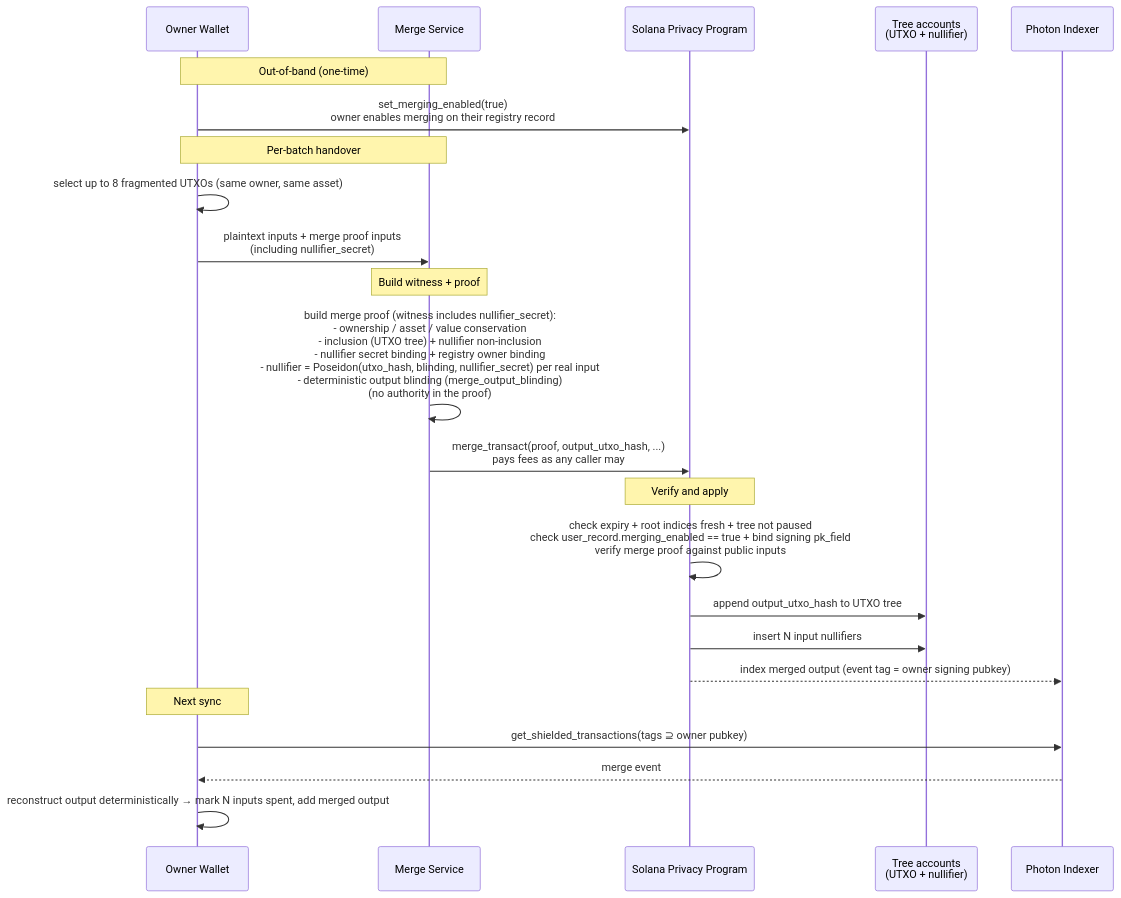
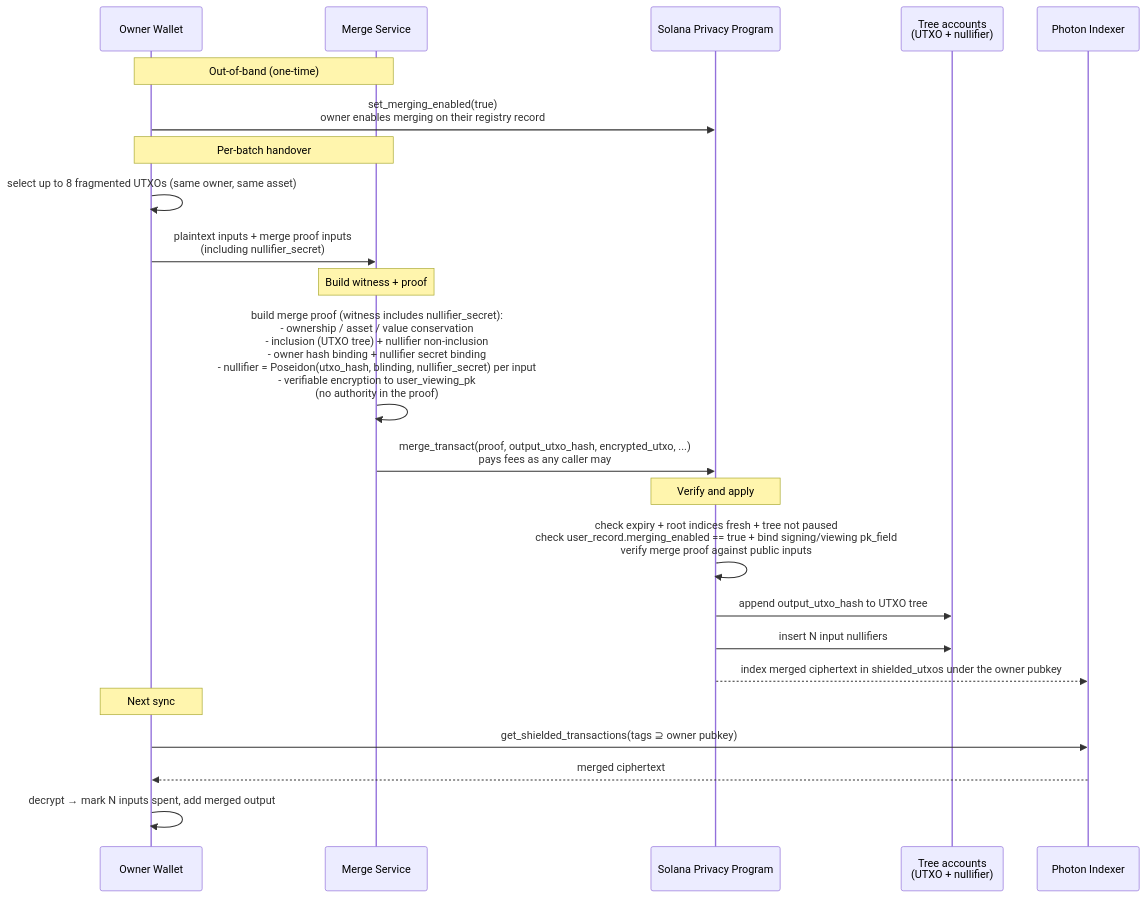
Before and after one commit to helius-labs/zolana: the fifth of 5 diagrams in docs/spec.md, drawn with Mermaid. The commit also changed other lines of this file, not shown here.

````diff
--- a/docs/spec.md
+++ b/docs/spec.md
@@ -2350,30 +2394,30 @@
 ```mermaid
 sequenceDiagram
     participant Wallet as Owner Wallet
     participant Merge as Merge Service
     participant SPP as Solana Privacy Program
     participant Trees as Tree accounts<br/>(UTXO + nullifier)
     participant Indexer as Photon Indexer
 
     Note over Merge,Wallet: Out-of-band (one-time)
     Wallet->>SPP: set_merging_enabled(true)<br/>owner enables merging on their registry record
 
     Note over Wallet,Merge: Per-batch handover
     Wallet->>Wallet: select up to 8 fragmented UTXOs (same owner, same asset)
     Wallet->>Merge: plaintext inputs + merge proof inputs<br/>(including nullifier_secret)
 
     Note over Merge: Build witness + proof
-    Merge->>Merge: build merge proof (witness includes nullifier_secret):<br/>- ownership / asset / value conservation<br/>- inclusion (UTXO tree) + nullifier non-inclusion<br/>- nullifier secret binding + registry owner binding<br/>- nullifier = Poseidon(utxo_hash, blinding, nullifier_secret) per real input<br/>- deterministic output blinding (merge_output_blinding)<br/>(no authority in the proof)
-    Merge->>SPP: merge_transact(proof, output_utxo_hash, ...)<br/>pays fees as any caller may
+    Merge->>Merge: build merge proof (witness includes nullifier_secret):<br/>- ownership / asset / value conservation<br/>- inclusion (UTXO tree) + nullifier non-inclusion<br/>- owner hash binding + nullifier secret binding<br/>- nullifier = Poseidon(utxo_hash, blinding, nullifier_secret) per input<br/>- verifiable encryption to user_viewing_pk<br/>(no authority in the proof)
+    Merge->>SPP: merge_transact(proof, output_utxo_hash, encrypted_utxo, ...)<br/>pays fees as any caller may
 
     Note over SPP: Verify and apply
-    SPP->>SPP: check expiry + root indices fresh + tree not paused<br/>check user_record.merging_enabled == true + bind signing pk_field<br/>verify merge proof against public inputs
+    SPP->>SPP: check expiry + root indices fresh + tree not paused<br/>check user_record.merging_enabled == true + bind signing/viewing pk_field<br/>verify merge proof against public inputs
     SPP->>Trees: append output_utxo_hash to UTXO tree
     SPP->>Trees: insert N input nullifiers
-    SPP-->>Indexer: index merged output (event tag = owner signing pubkey)
+    SPP-->>Indexer: index merged ciphertext in shielded_utxos under the owner pubkey
 
     Note over Wallet: Next sync
     Wallet->>Indexer: get_shielded_transactions(tags ⊇ owner pubkey)
-    Indexer-->>Wallet: merge event
-    Wallet->>Wallet: reconstruct output deterministically → mark N inputs spent, add merged output
+    Indexer-->>Wallet: merged ciphertext
+    Wallet->>Wallet: decrypt → mark N inputs spent, add merged output
 ```
````
